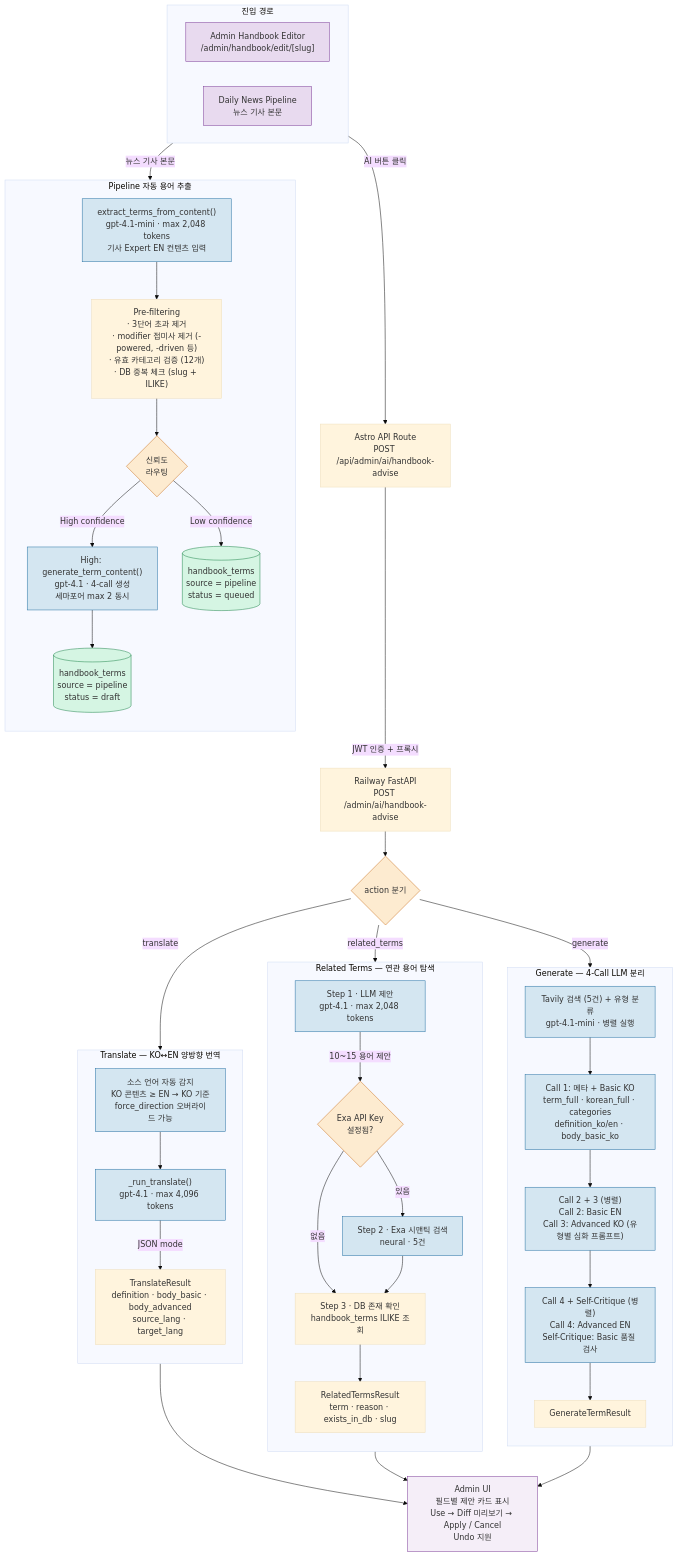
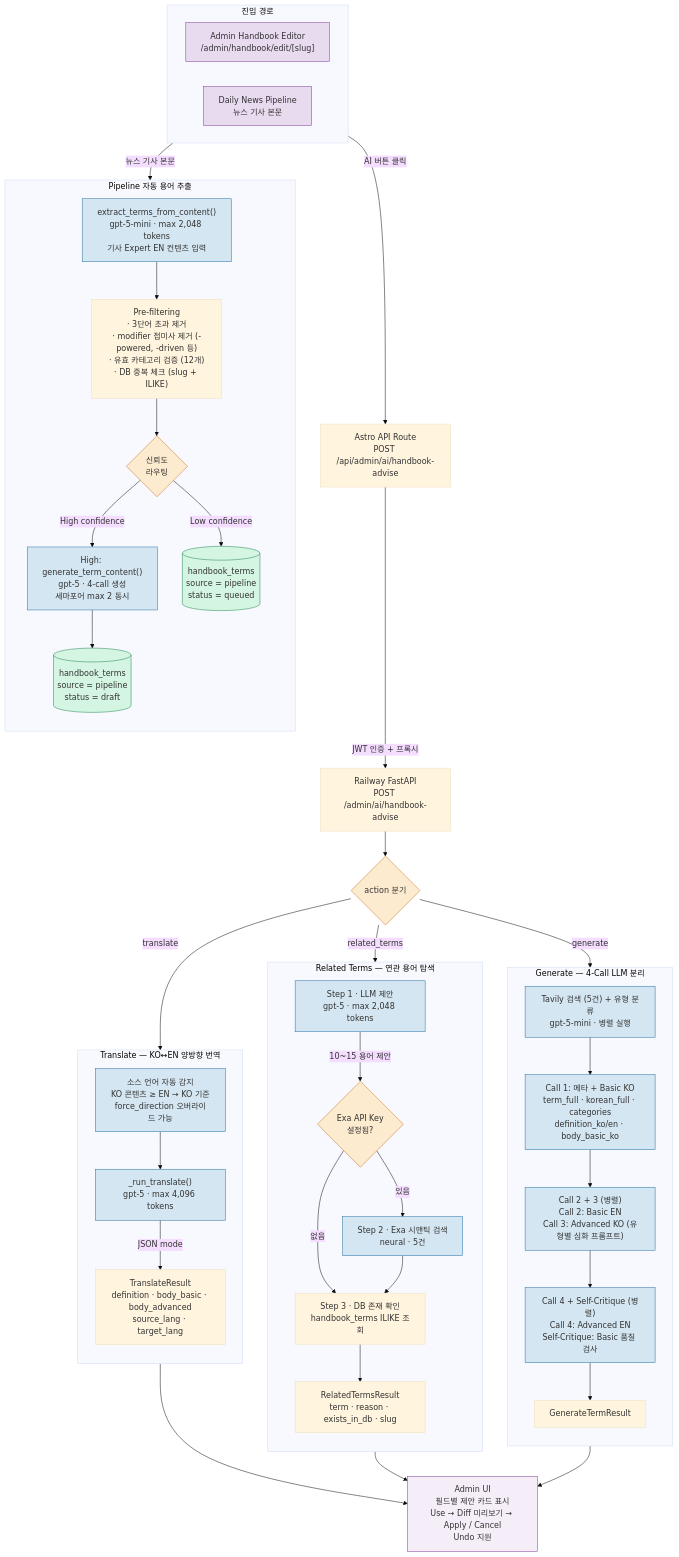
The first of 3 diagrams in vault/04-AI-System/AI-Handbook-Pipeline-Overview.md (x0to1log/0to1log), drawn with Mermaid (base theme) before and after one commit. The commit also changed other lines of this file and 5 other files, not shown here.

````diff
--- a/vault/04-AI-System/AI-Handbook-Pipeline-Overview.md
+++ b/vault/04-AI-System/AI-Handbook-Pipeline-Overview.md
@@ -24,82 +24,82 @@
 ```mermaid
 graph TD
     %% ── 두 가지 진입 경로 ──
     subgraph ENTRY ["진입 경로"]
         direction LR
         ADMIN["Admin Handbook Editor<br/>/admin/handbook/edit/[slug]"]
         PIPE["Daily News Pipeline<br/>뉴스 기사 본문"]
     end
 
     %% ── Admin 어드바이저 경로 ──
     ADMIN -->|"AI 버튼 클릭"| PROXY["Astro API Route<br/>POST /api/admin/ai/handbook-advise"]
     PROXY -->|"JWT 인증 + 프록시"| BACKEND["Railway FastAPI<br/>POST /admin/ai/handbook-advise"]
     BACKEND --> DISPATCH{"action 분기"}
 
     %% ── Action 1: Generate ──
     subgraph GEN ["Generate — 4-Call LLM 분리"]
         direction TB
-        GEN_CTX["Tavily 검색 (5건) + 유형 분류<br/>gpt-4.1-mini · 병렬 실행"]
+        GEN_CTX["Tavily 검색 (5건) + 유형 분류<br/>gpt-5-mini · 병렬 실행"]
         GEN_C1["Call 1: 메타 + Basic KO<br/>term_full · korean_full · categories<br/>definition_ko/en · body_basic_ko"]
         GEN_C23["Call 2 + 3 (병렬)<br/>Call 2: Basic EN<br/>Call 3: Advanced KO (유형별 심화 프롬프트)"]
         GEN_C4SC["Call 4 + Self-Critique (병렬)<br/>Call 4: Advanced EN<br/>Self-Critique: Basic 품질 검사"]
         GEN_CTX --> GEN_C1 --> GEN_C23 --> GEN_C4SC
         GEN_C4SC --> GEN_OUT["GenerateTermResult"]
     end
 
     %% ── Action 2: Related Terms ──
     subgraph REL ["Related Terms — 연관 용어 탐색"]
         direction TB
-        REL_LLM["Step 1 · LLM 제안<br/>gpt-4.1 · max 2,048 tokens"]
+        REL_LLM["Step 1 · LLM 제안<br/>gpt-5 · max 2,048 tokens"]
         REL_LLM -->|"10~15 용어 제안"| REL_EXA{"Exa API Key<br/>설정됨?"}
         REL_EXA -->|"있음"| REL_SEARCH["Step 2 · Exa 시맨틱 검색<br/>neural · 5건"]
         REL_EXA -->|"없음"| REL_DB
         REL_SEARCH --> REL_DB["Step 3 · DB 존재 확인<br/>handbook_terms ILIKE 조회"]
         REL_DB --> REL_OUT["RelatedTermsResult<br/>term · reason · exists_in_db · slug"]
     end
 
     %% ── Action 3: Translate ──
     subgraph TRANS ["Translate — KO↔EN 양방향 번역"]
         direction TB
         TRANS_DETECT["소스 언어 자동 감지<br/>KO 콘텐츠 ≥ EN → KO 기준<br/>force_direction 오버라이드 가능"]
-        TRANS_DETECT --> TRANS_CALL["_run_translate()<br/>gpt-4.1 · max 4,096 tokens"]
+        TRANS_DETECT --> TRANS_CALL["_run_translate()<br/>gpt-5 · max 4,096 tokens"]
         TRANS_CALL -->|"JSON mode"| TRANS_OUT["TranslateResult<br/>definition · body_basic · body_advanced<br/>source_lang · target_lang"]
     end
 
     DISPATCH -->|"generate"| GEN_CTX
     DISPATCH -->|"related_terms"| REL_LLM
     DISPATCH -->|"translate"| TRANS_DETECT
 
     %% ── 결과 → Admin UI ──
     GEN_OUT --> UI_RESULT
     REL_OUT --> UI_RESULT
     TRANS_OUT --> UI_RESULT
     UI_RESULT["Admin UI<br/>필드별 제안 카드 표시<br/>Use → Diff 미리보기 → Apply / Cancel<br/>Undo 지원"]
 
     %% ── 파이프라인 자동 추출 경로 ──
     subgraph PIPE_FLOW ["Pipeline 자동 용어 추출"]
         direction TB
-        EXTRACT["extract_terms_from_content()<br/>gpt-4.1-mini · max 2,048 tokens<br/>기사 Expert EN 컨텐츠 입력"]
+        EXTRACT["extract_terms_from_content()<br/>gpt-5-mini · max 2,048 tokens<br/>기사 Expert EN 컨텐츠 입력"]
         FILTER["Pre-filtering<br/>· 3단어 초과 제거<br/>· modifier 접미사 제거 (-powered, -driven 등)<br/>· 유효 카테고리 검증 (12개)<br/>· DB 중복 체크 (slug + ILIKE)"]
         ROUTE{"신뢰도\n라우팅"}
-        GEN_HIGH["High: generate_term_content()<br/>gpt-4.1 · 4-call 생성<br/>세마포어 max 2 동시"]
+        GEN_HIGH["High: generate_term_content()<br/>gpt-5 · 4-call 생성<br/>세마포어 max 2 동시"]
         SAVE_DRAFT[("handbook_terms<br/>source = pipeline<br/>status = draft")]
         SAVE_QUEUED[("handbook_terms<br/>source = pipeline<br/>status = queued")]
         EXTRACT --> FILTER --> ROUTE
         ROUTE -->|"High confidence"| GEN_HIGH --> SAVE_DRAFT
         ROUTE -->|"Low confidence"| SAVE_QUEUED
     end
     PIPE -->|"뉴스 기사 본문"| EXTRACT
 
     %% ── Styling ──
     classDef entry fill:#e8daef,stroke:#7d3c98,color:#333
     classDef ai fill:#d4e6f1,stroke:#2471a3,color:#333
     classDef storage fill:#d5f5e3,stroke:#1e8449,color:#333
     classDef decision fill:#fdebd0,stroke:#ca6f1e,color:#333
     classDef ui fill:#f5eef8,stroke:#7d3c98,color:#333
 
     class ADMIN,PIPE entry
     class GEN_CTX,GEN_C1,GEN_C23,GEN_C4SC,REL_LLM,REL_SEARCH,TRANS_CALL,TRANS_DETECT,EXTRACT,GEN_HIGH ai
     class SAVE_DRAFT,SAVE_QUEUED storage
     class DISPATCH,REL_EXA,ROUTE decision
     class UI_RESULT ui
 ```
````
